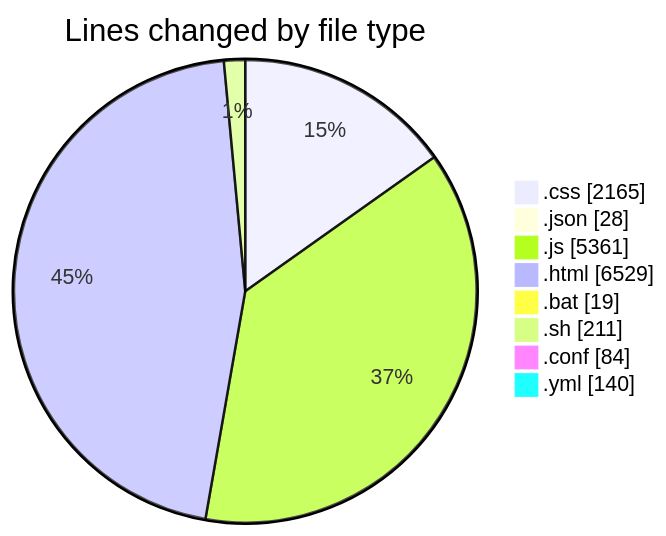
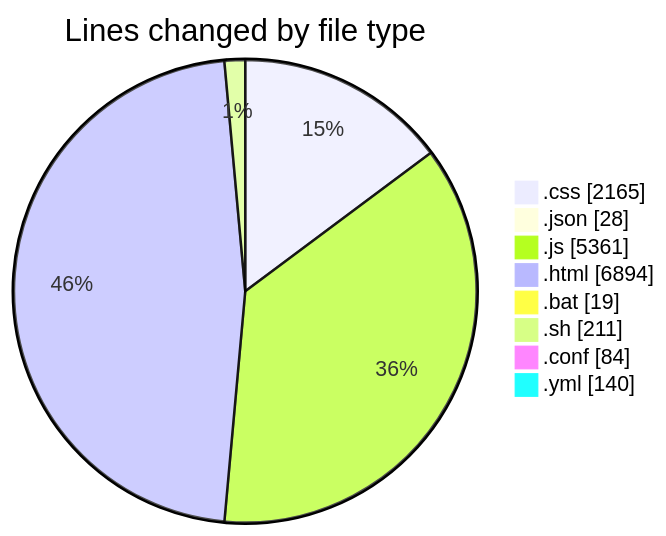
The first of 2 diagrams in 2026-02-18/bot_v1_2/README.md (becaeroporto-bot/code-tracking), drawn with Mermaid before and after one commit. The commit also changed other lines of this file and 1 other file, not shown here.

````diff
--- a/2026-02-18/bot_v1_2/README.md
+++ b/2026-02-18/bot_v1_2/README.md
@@ -42,12 +43,12 @@
 ```mermaid
 pie showData
 title Lines changed by file type
 ".css" : 2165
 ".json" : 28
 ".js" : 5361
-".html" : 6529
+".html" : 6894
 ".bat" : 19
 ".sh" : 211
 ".conf" : 84
 ".yml" : 140
 ```
````
